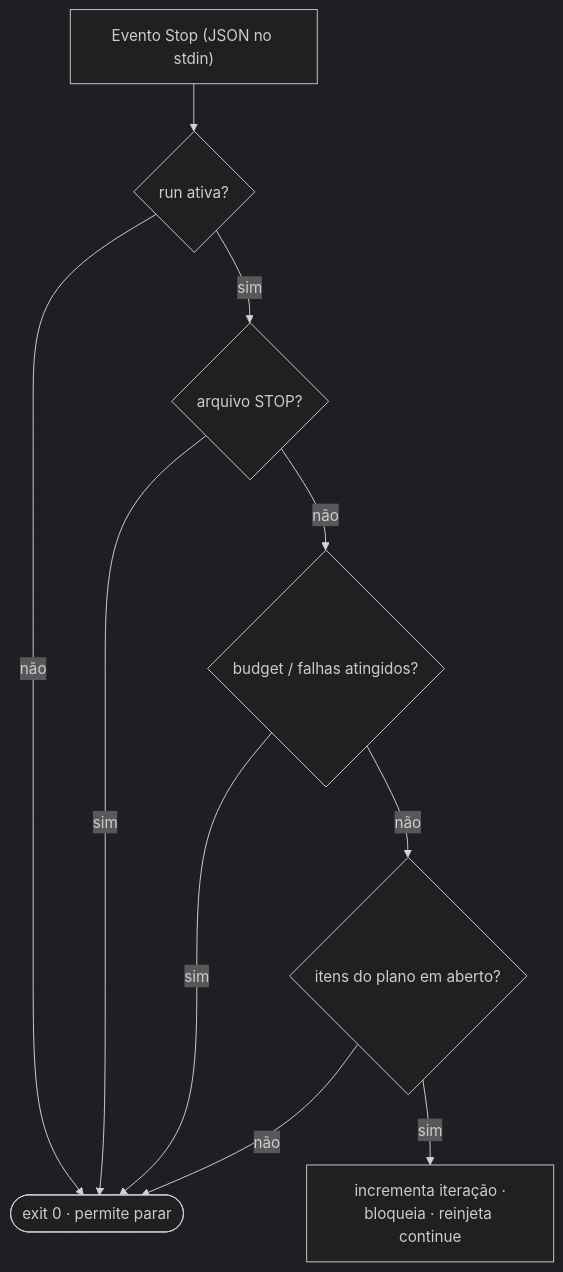
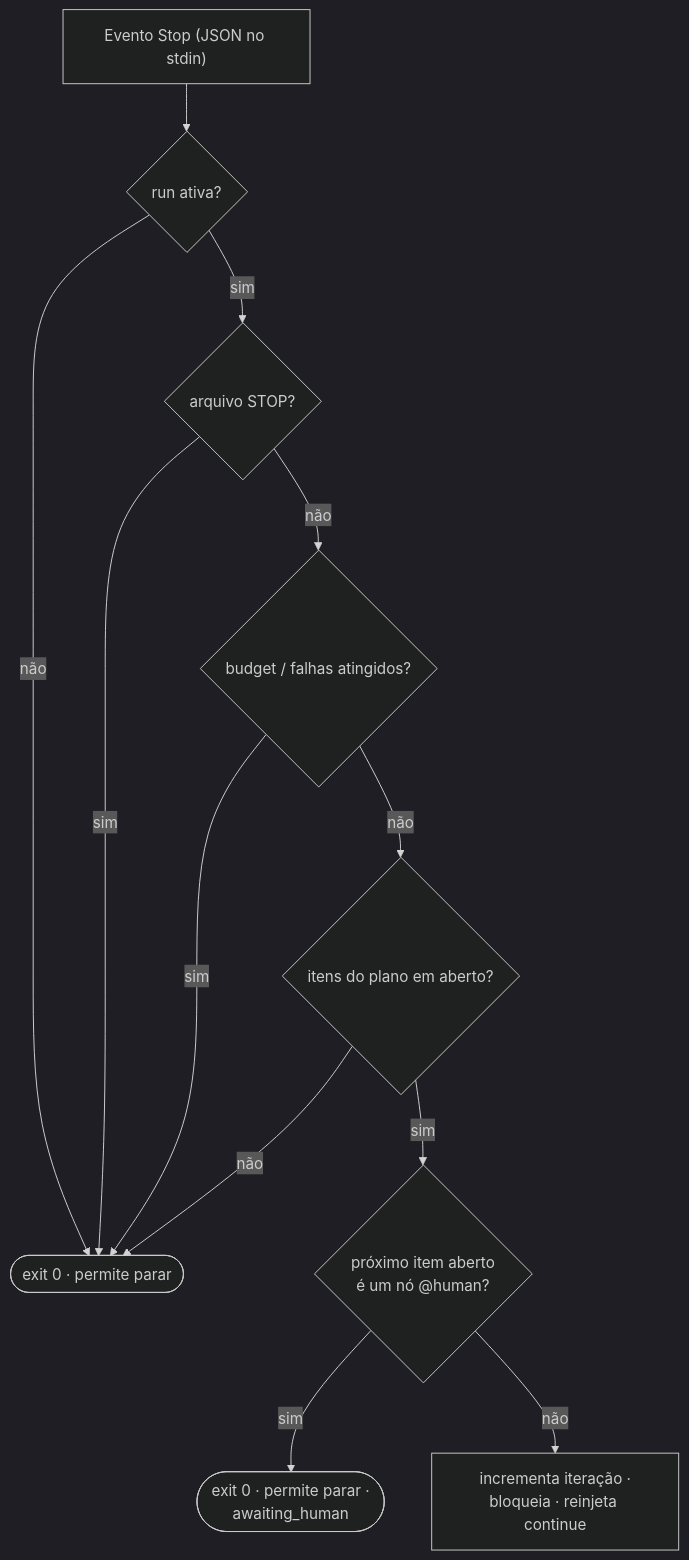
Before and after one commit to Jonhvmp/leopold: the first of 2 diagrams in docs/reference/hooks.pt-BR.md, drawn with Mermaid (dark theme). The commit also changed other lines of this file and 69 other files, not shown here.

````diff
--- a/docs/reference/hooks.pt-BR.md
+++ b/docs/reference/hooks.pt-BR.md
@@ -22,12 +22,14 @@
 ```mermaid
 flowchart TD
     In["Evento Stop (JSON no stdin)"] --> Active{run ativa?}
     Active -- não --> Allow([exit 0 · permite parar])
     Active -- sim --> Kill{arquivo STOP?}
     Kill -- sim --> Allow
     Kill -- não --> Budget{budget / falhas atingidos?}
     Budget -- sim --> Allow
     Budget -- não --> Plan{itens do plano em aberto?}
     Plan -- não --> Allow
-    Plan -- sim --> Block["incrementa iteração ·<br/>bloqueia · reinjeta continue"]
+    Plan -- sim --> Human{"próximo item aberto<br/>é um nó @human?"}
+    Human -- sim --> Ask(["exit 0 · permite parar ·<br/>awaiting_human"])
+    Human -- não --> Block["incrementa iteração ·<br/>bloqueia · reinjeta continue"]
 ```
````
